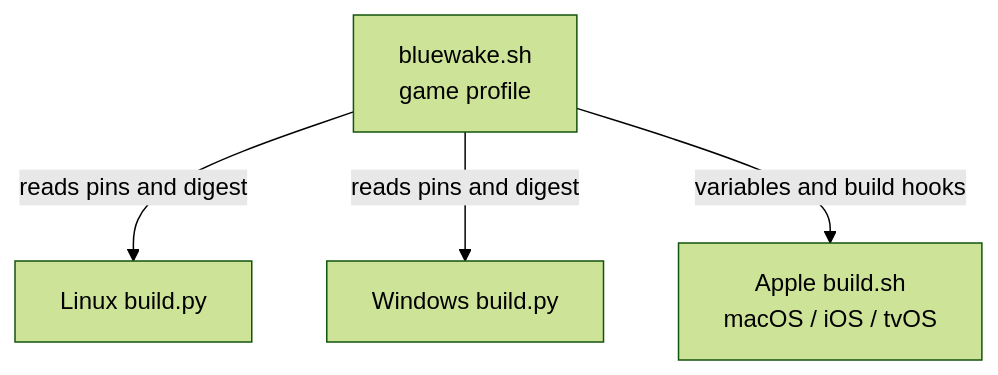
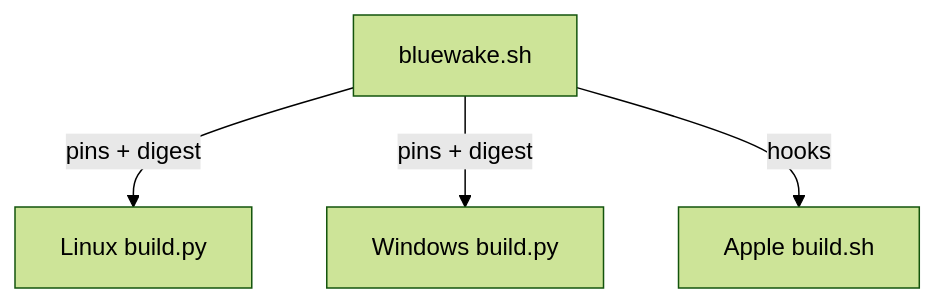
Before and after one commit to Aelbannan/boat_of_daphnes: the second of 10 diagrams in docs/architecture/Build.md, drawn with Mermaid (forest theme). The commit also changed other lines of this file, not shown here.

Commit message:
Simplify build diagrams

````diff
--- a/docs/architecture/Build.md
+++ b/docs/architecture/Build.md
@@ -132,13 +126,11 @@
 ```mermaid
 flowchart TD
-    Profile["`bluewake.sh
-game profile`"]
+    Profile["bluewake.sh"]
     Linux["Linux build.py"]
     Windows["Windows build.py"]
-    Apple["`Apple build.sh
-macOS / iOS / tvOS`"]
+    Apple["Apple build.sh"]
 
-    Profile -->|reads pins and digest| Linux
-    Profile -->|reads pins and digest| Windows
-    Profile -->|variables and build hooks| Apple
+    Profile -->|pins + digest| Linux
+    Profile -->|pins + digest| Windows
+    Profile -->|hooks| Apple
 ```
````
